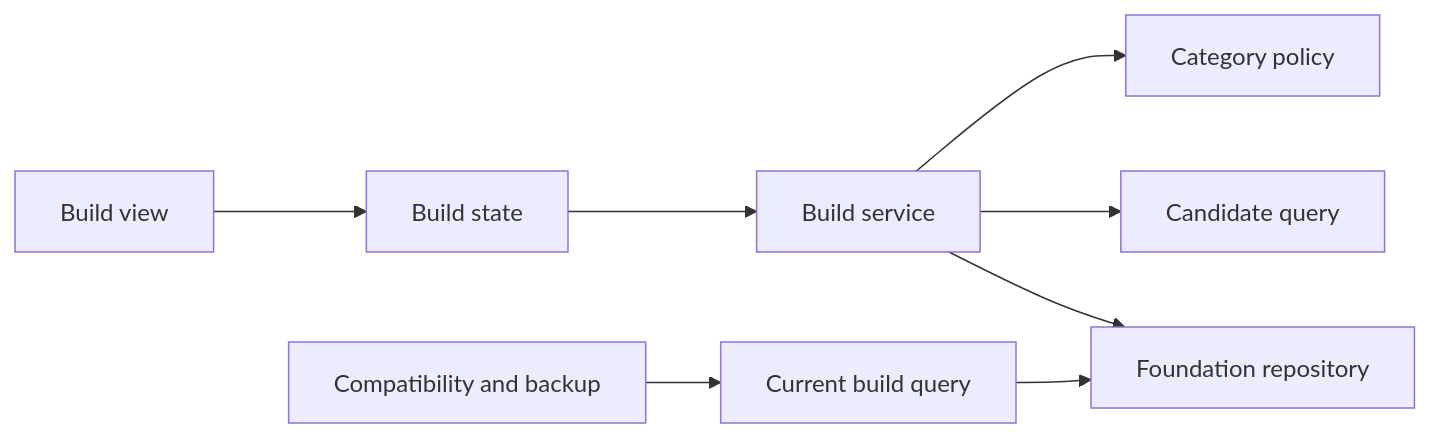
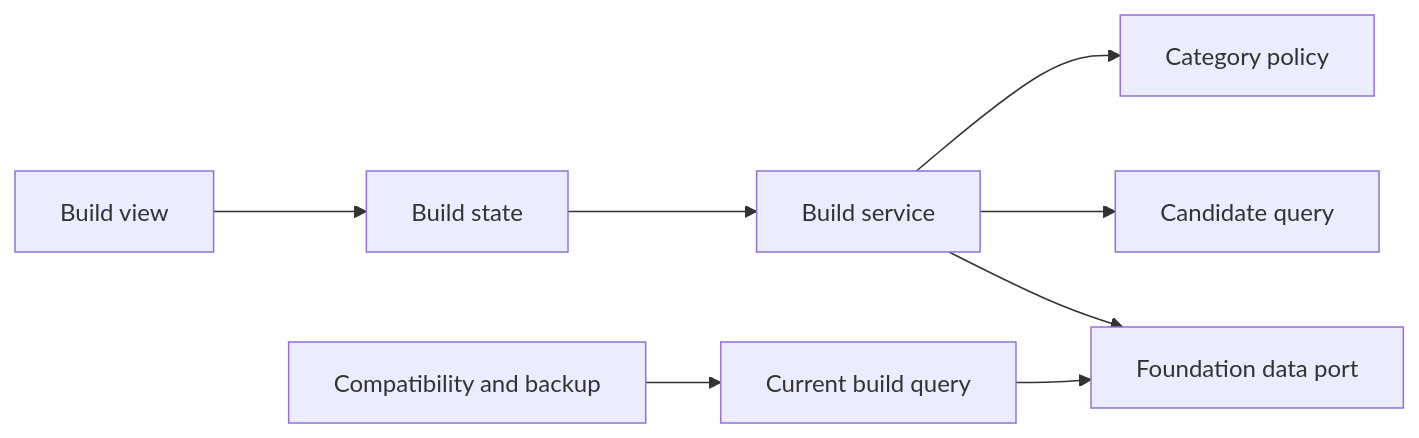
The first of 2 diagrams in .kiro/specs/current-build-management/design.md (Huruikagi/pc-build-planner), drawn with Mermaid before and after one commit. The commit also changed other lines of this file and 20 other files, not shown here.

````diff
--- a/.kiro/specs/current-build-management/design.md
+++ b/.kiro/specs/current-build-management/design.md
@@ -52,10 +53,10 @@
 ```mermaid
 graph LR
     UI[Build view] --> State[Build state]
     State --> Service[Build service]
     Service --> Policy[Category policy]
     Service --> Candidates[Candidate query]
-    Service --> Repo[Foundation repository]
+    Service --> Data[Foundation data port]
     Downstream[Compatibility and backup] --> Query[Current build query]
-    Query --> Repo
+    Query --> Data
 ```
````
